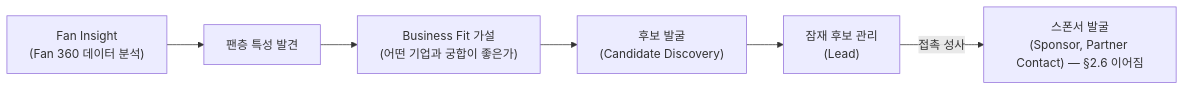
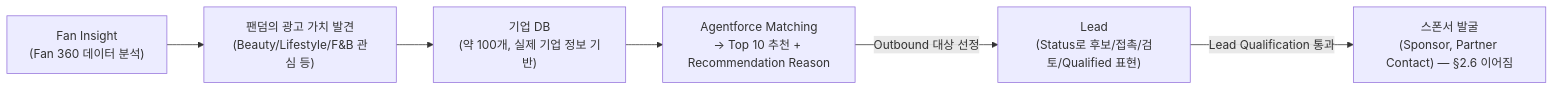
Before and after one commit to CellsOrg/CloudAlpacas: the eighth of 13 diagrams in docs/01_PROJECT.md, drawn with Mermaid. The commit also changed other lines of this file and 16 other files, not shown here.

````diff
--- a/docs/01_PROJECT.md
+++ b/docs/01_PROJECT.md
@@ -177,8 +177,8 @@
 ```mermaid
 flowchart LR
-    FI["Fan Insight<br/>(Fan 360 데이터 분석)"] --> PC["팬층 특성 발견"]
-    PC --> FH["Business Fit 가설<br/>(어떤 기업과 궁합이 좋은가)"]
-    FH --> CD["후보 발굴<br/>(Candidate Discovery)"]
-    CD --> L["잠재 후보 관리<br/>(Lead)"]
-    L -->|접촉 성사| B["스폰서 발굴<br/>(Sponsor, Partner Contact) — §2.6 이어짐"]
+    FI["Fan Insight<br/>(Fan 360 데이터 분석)"] --> AV["팬덤의 광고 가치 발견<br/>(Beauty/Lifestyle/F&B 관심 등)"]
+    AV --> CDB["기업 DB<br/>(약 100개, 실제 기업 정보 기반)"]
+    CDB --> AM["Agentforce Matching<br/>→ Top 10 추천 + Recommendation Reason"]
+    AM -->|Outbound 대상 선정| L["Lead<br/>(Status로 후보/접촉/검토/Qualified 표현)"]
+    L -->|Lead Qualification 통과| B["스폰서 발굴<br/>(Sponsor, Partner Contact) — §2.6 이어짐"]
 ```
````
